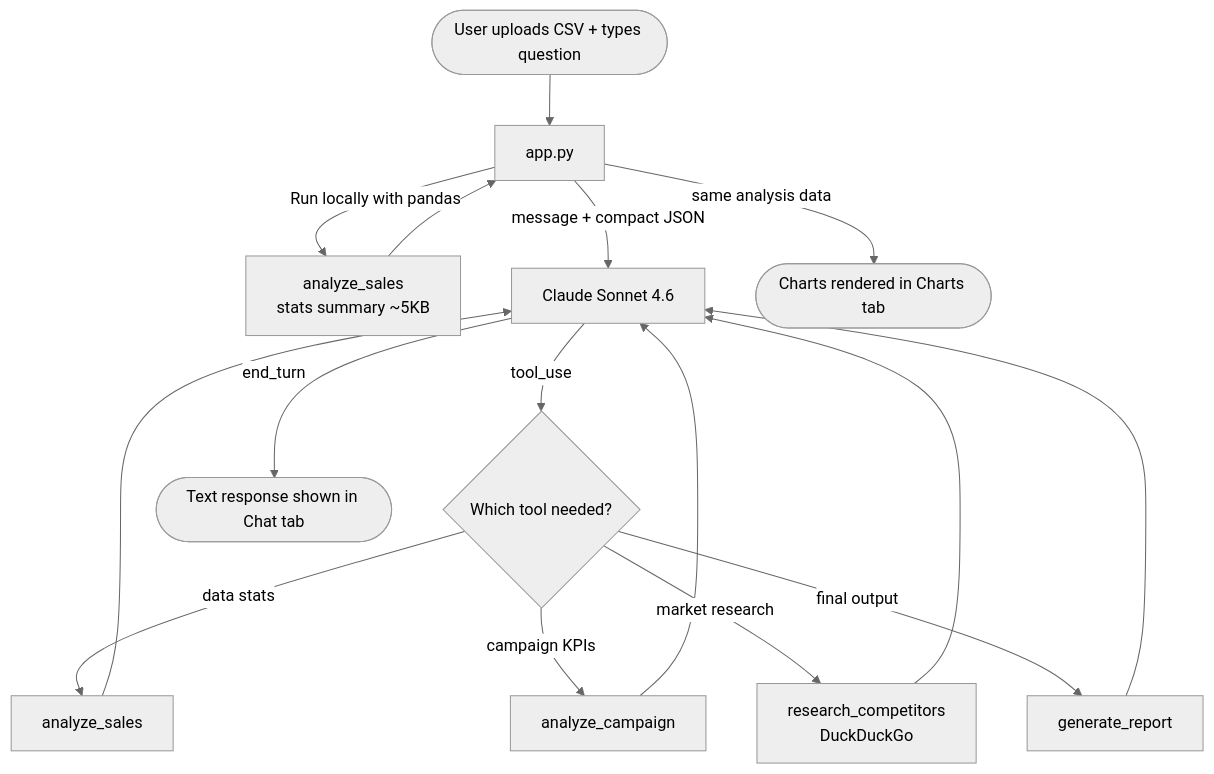
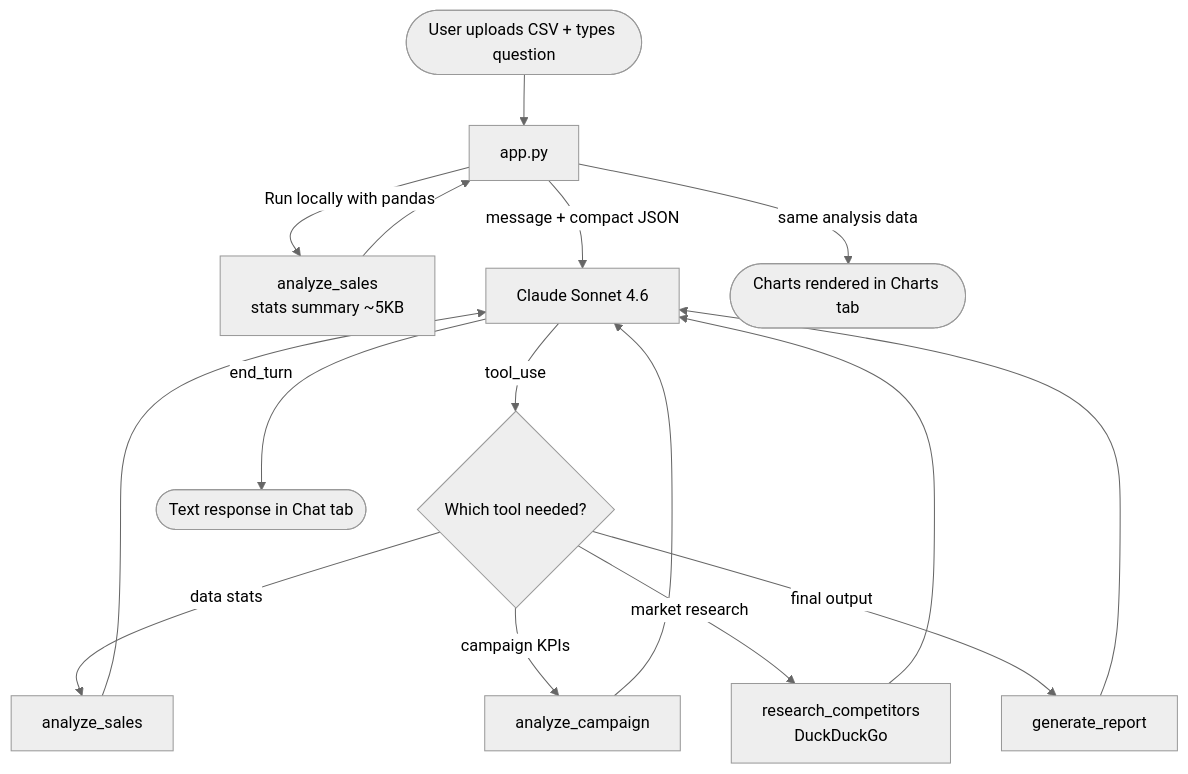
Before and after one commit to raselmian03-alt/MarketMind: the diagram in README.md, drawn with Mermaid (neutral theme). The commit also changed other lines of this file and 8 other files, not shown here.

````diff
--- a/README.md
+++ b/README.md
@@ -90,21 +77,21 @@
 ```mermaid
 flowchart TD
     U([User uploads CSV + types question]) --> A[app.py]
     A -->|Run locally with pandas| S[analyze_sales\nstats summary ~5KB]
     S --> A
     A -->|message + compact JSON| CLAUDE[Claude Sonnet 4.6]
 
     CLAUDE -->|tool_use| T{Which tool needed?}
     T -->|data stats| TS[analyze_sales]
     T -->|campaign KPIs| TC[analyze_campaign]
     T -->|market research| TR[research_competitors\nDuckDuckGo]
     T -->|final output| TG[generate_report]
 
     TS --> CLAUDE
     TC --> CLAUDE
     TR --> CLAUDE
     TG --> CLAUDE
 
-    CLAUDE -->|end_turn| R([Text response shown in Chat tab])
+    CLAUDE -->|end_turn| R([Text response in Chat tab])
     A -->|same analysis data| CH([Charts rendered in Charts tab])
 ```
````
